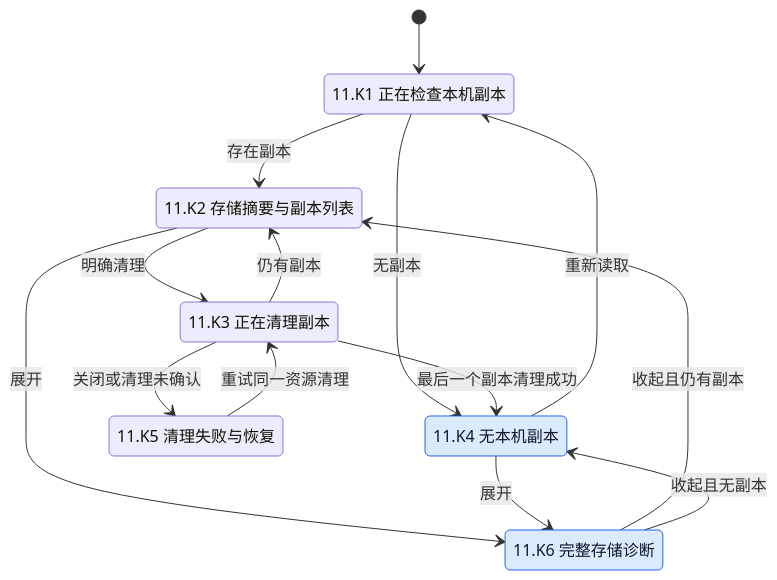
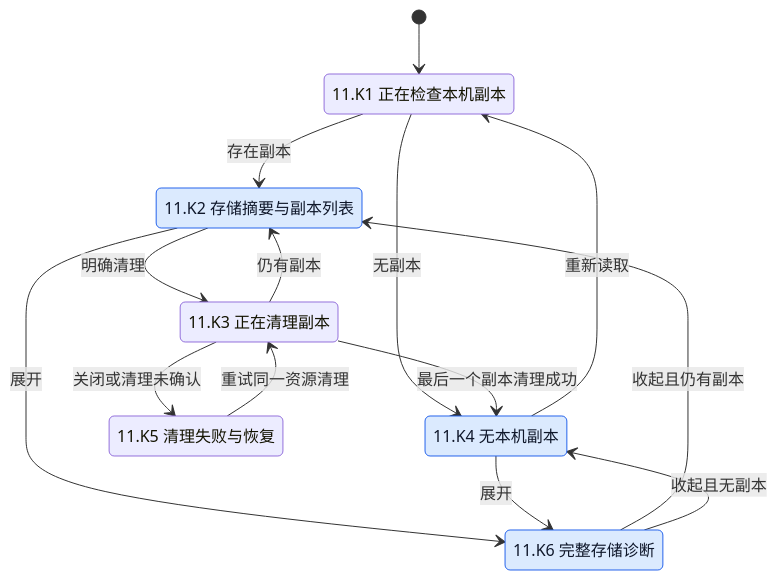
Diagram 11 of 14 in docs/verification/mihon-state-coverage.md (Wybxc/karuyomi), drawn with Mermaid before and after one commit. The commit also changed other lines of this file and 11 other files, not shown here.

````diff
--- a/docs/verification/mihon-state-coverage.md
+++ b/docs/verification/mihon-state-coverage.md
@@ -1018,24 +1018,24 @@
 ```mermaid
 stateDiagram-v2
     [*] --> ReadingCache
     state "11.K1 正在检查本机副本" as ReadingCache
     state "11.K2 存储摘要与副本列表" as CachedCopies
     state "11.K3 正在清理副本" as CleaningCopy
     state "11.K4 无本机副本" as NoCopies
     state "11.K5 清理失败与恢复" as CleaningFailed
     state "11.K6 完整存储诊断" as CacheDiagnostics
     ReadingCache --> CachedCopies: 存在副本
     ReadingCache --> NoCopies: 无副本
     CachedCopies --> CleaningCopy: 明确清理
     CleaningCopy --> NoCopies: 最后一个副本清理成功
     CleaningCopy --> CachedCopies: 仍有副本
     CleaningCopy --> CleaningFailed: 关闭或清理未确认
     CleaningFailed --> CleaningCopy: 重试同一资源清理
     CachedCopies --> CacheDiagnostics: 展开
     NoCopies --> CacheDiagnostics: 展开
     CacheDiagnostics --> CachedCopies: 收起且仍有副本
     CacheDiagnostics --> NoCopies: 收起且无副本
     NoCopies --> ReadingCache: 重新读取
     classDef paired fill:#dbeafe,stroke:#2563eb,color:#0f172a
-    class NoCopies,CacheDiagnostics paired
+    class CachedCopies,NoCopies,CacheDiagnostics paired
 ```
````
